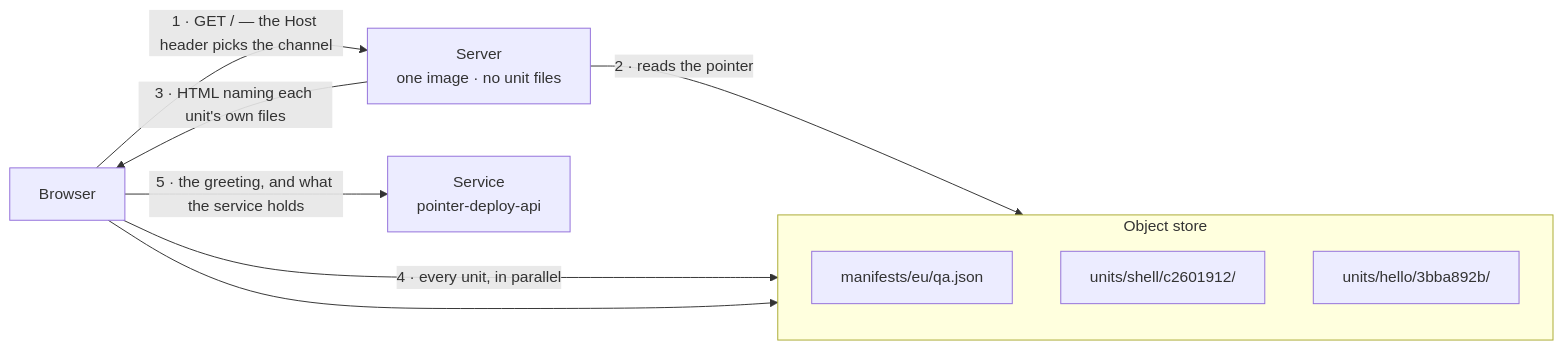
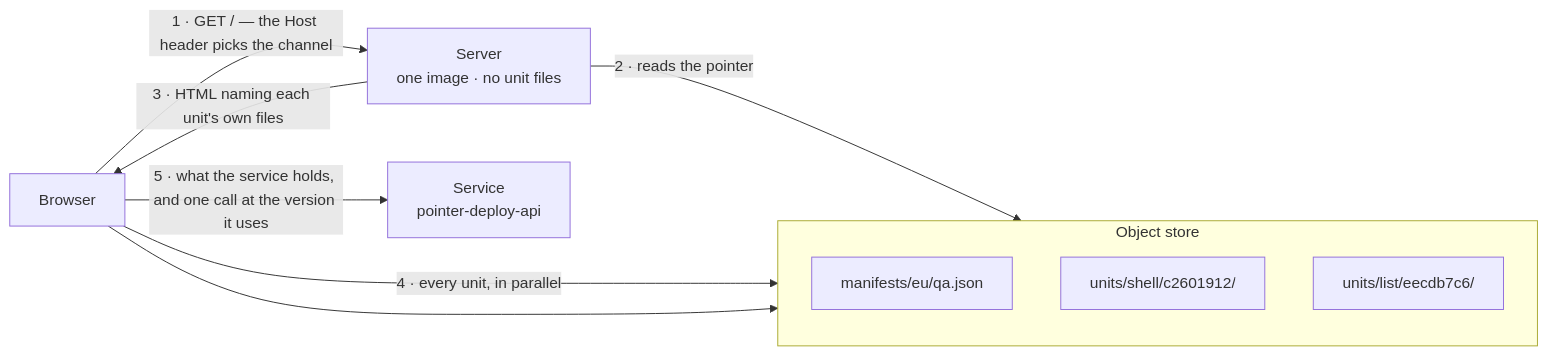
The diagram in OVERVIEW.md (AlexJeffcott/pointer-deploy), drawn with Mermaid before and after one commit. The commit also changed other lines of this file and 39 other files, not shown here.

````diff
--- a/OVERVIEW.md
+++ b/OVERVIEW.md
@@ -75,20 +77,20 @@
 ```mermaid
 flowchart LR
     B["Browser"]
     S["Server<br/>one image · no unit files"]
     A["Service<br/>pointer-deploy-api"]
 
     subgraph ST["Object store"]
         direction TB
         M["manifests/eu/qa.json"]
         U1["units/shell/c2601912/"]
-        U2["units/hello/3bba892b/"]
+        U2["units/list/eecdb7c6/"]
     end
 
     B -- "1 · GET / — the Host header picks the channel" --> S
     S -- "2 · reads the pointer" --> M
     S -- "3 · HTML naming each unit's own files" --> B
     B -- "4 · every unit, in parallel" --> U1
     B --> U2
-    B -- "5 · the greeting, and what the service holds" --> A
+    B -- "5 · what the service holds, and one call at the version it uses" --> A
 ```
````
